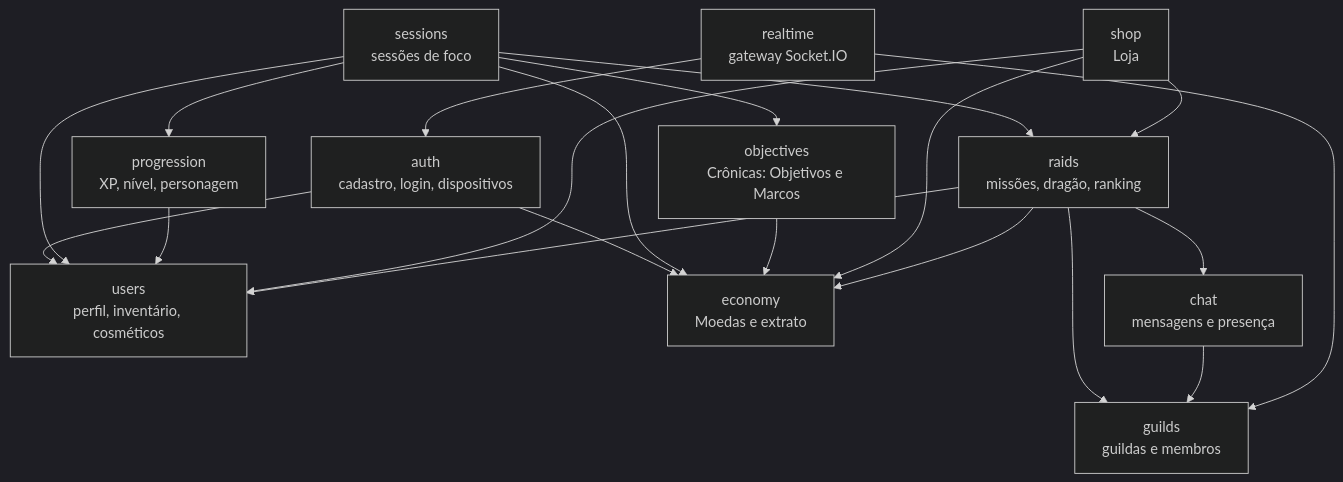
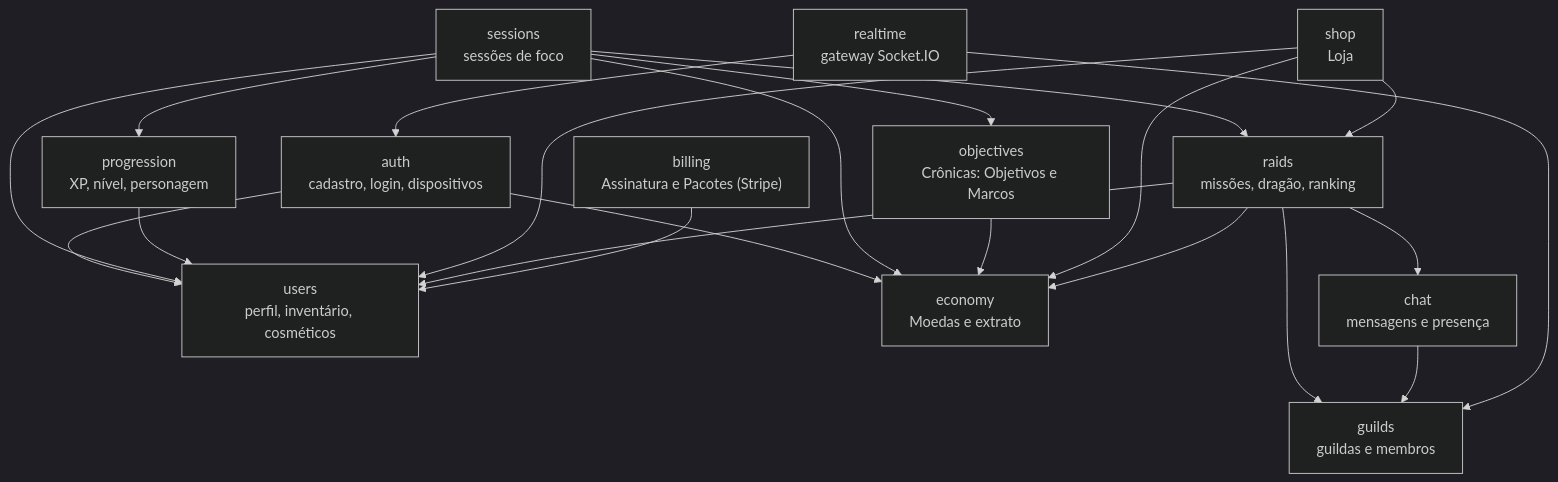
Before and after one commit to MatheusSales2773/wise-warrior: the second of 4 diagrams in README.md, drawn with Mermaid (dark theme). The commit also changed other lines of this file and 33 other files, not shown here.

````diff
--- a/README.md
+++ b/README.md
@@ -98,34 +99,36 @@
 ```mermaid
 flowchart TD
     auth["auth<br/>cadastro, login, dispositivos"]
     users["users<br/>perfil, inventário, cosméticos"]
     progression["progression<br/>XP, nível, personagem"]
     sessions["sessions<br/>sessões de foco"]
     economy["economy<br/>Moedas e extrato"]
     shop["shop<br/>Loja"]
     objectives["objectives<br/>Crônicas: Objetivos e Marcos"]
     guilds["guilds<br/>guildas e membros"]
     raids["raids<br/>missões, dragão, ranking"]
     chat["chat<br/>mensagens e presença"]
+    billing["billing<br/>Assinatura e Pacotes (Stripe)"]
     realtime["realtime<br/>gateway Socket.IO"]
 
     auth --> users
     auth --> economy
     sessions --> progression
     sessions --> economy
     sessions --> raids
     sessions --> users
     sessions --> objectives
     objectives --> economy
     progression --> users
     shop --> economy
     shop --> raids
     shop --> users
     raids --> guilds
     raids --> economy
     raids --> users
     raids --> chat
     chat --> guilds
+    billing --> users
     realtime --> auth
     realtime --> guilds
 ```
````
